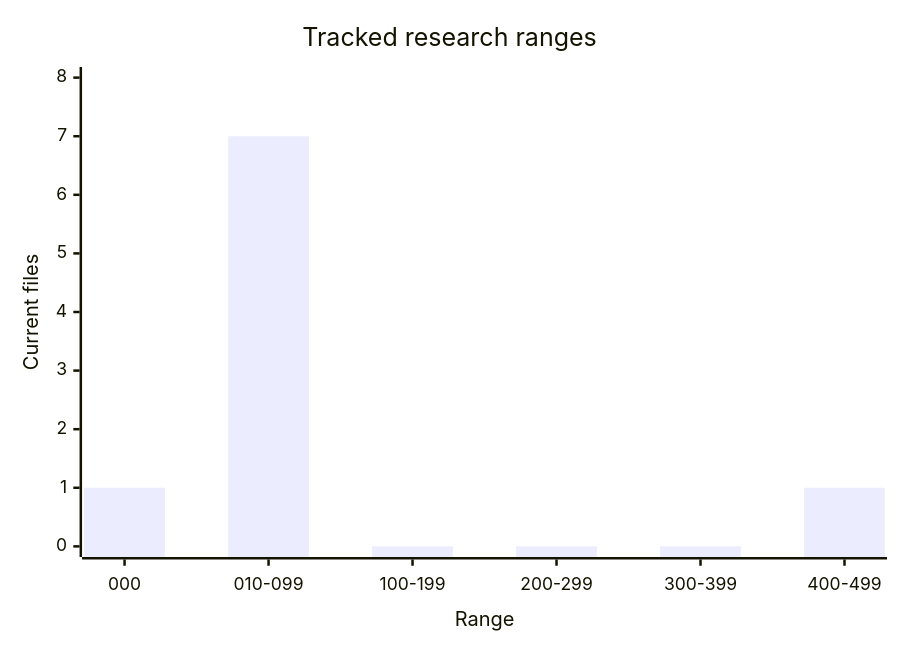
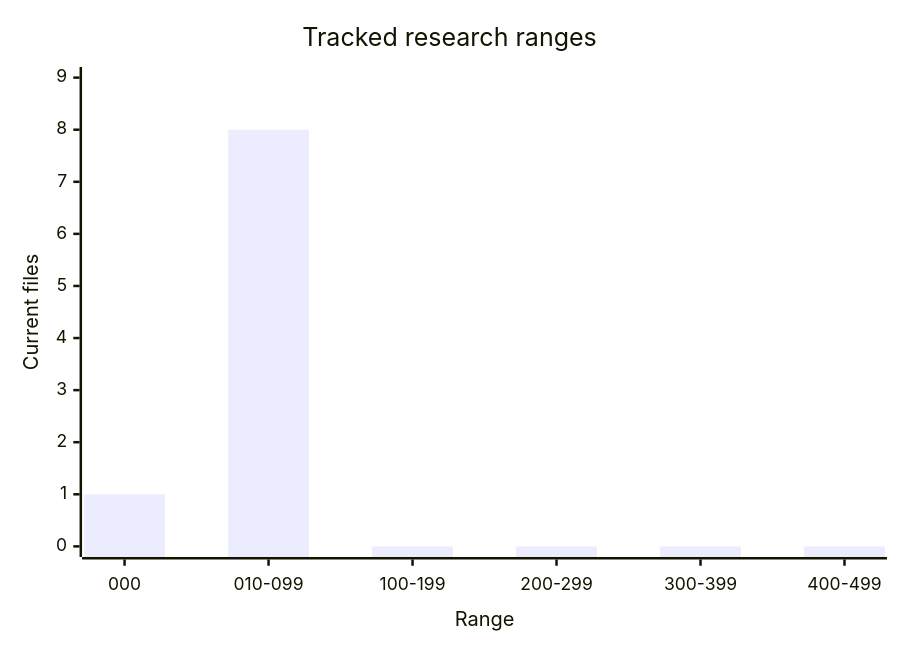
The second of 2 diagrams in docs/research/000_LEGEND.md (tryskian/scorey), drawn with Mermaid before and after one commit. The commit also changed other lines of this file and 14 other files, not shown here.

````diff
--- a/docs/research/000_LEGEND.md
+++ b/docs/research/000_LEGEND.md
@@ -53,7 +53,7 @@
 ```mermaid
 xychart-beta
   title "Tracked research ranges"
   x-axis "Range" ["000", "010-099", "100-199", "200-299", "300-399", "400-499"]
-  y-axis "Current files" 0 --> 8
-  bar "Files" [1, 7, 0, 0, 0, 1]
+  y-axis "Current files" 0 --> 9
+  bar "Files" [1, 8, 0, 0, 0, 0]
 ```
````
